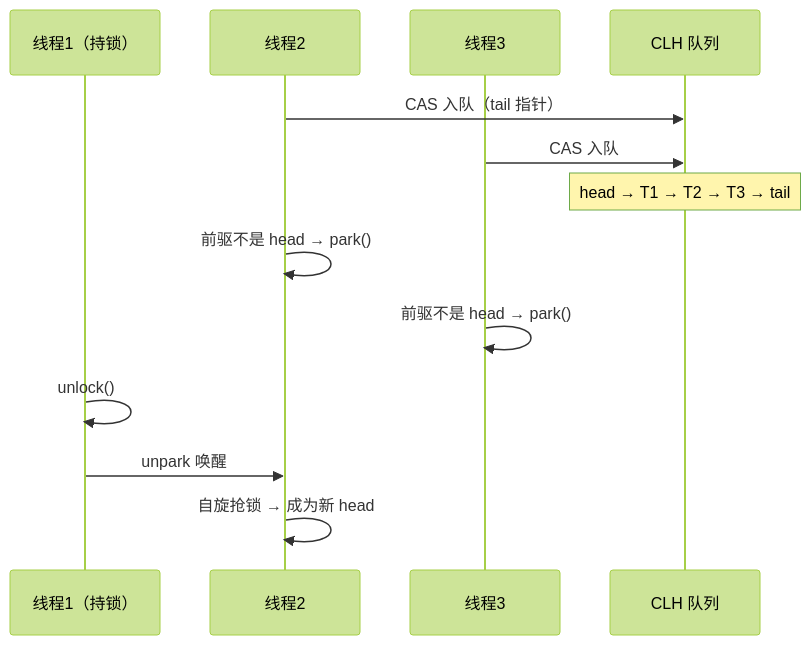
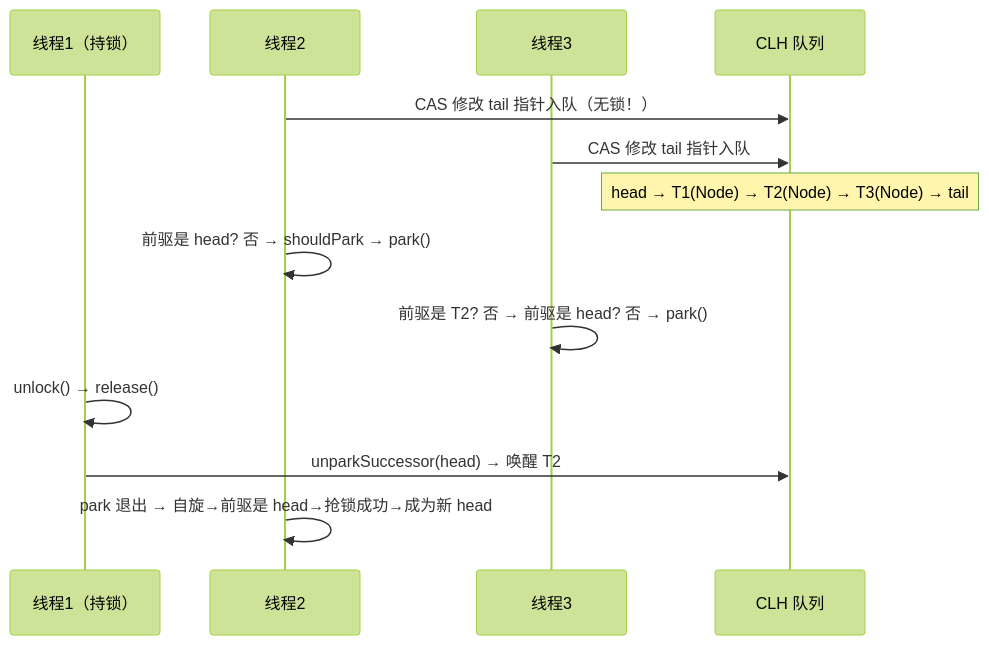
One commit to guozy502/my-tech-blog changed the third of 4 diagrams in content/posts/并发编程/AQS骨架设计——为什么Java并发工具都长在AQS上.md. Above: the diagram before and after it, drawn with Mermaid (forest theme). The commit also changed other lines of this file and 52 other files, not shown here.

````diff
--- a/content/posts/并发编程/AQS骨架设计——为什么Java并发工具都长在AQS上.md
+++ b/content/posts/并发编程/AQS骨架设计——为什么Java并发工具都长在AQS上.md
@@ -73,18 +124,18 @@
 ```mermaid
 sequenceDiagram
     participant T1 as 线程1（持锁）
     participant T2 as 线程2
     participant T3 as 线程3
     participant CLH as CLH 队列
     
-    T2->>CLH: CAS 入队（tail 指针）
-    T3->>CLH: CAS 入队
-    Note over CLH: head → T1 → T2 → T3 → tail
+    T2->>CLH: CAS 修改 tail 指针入队（无锁！）
+    T3->>CLH: CAS 修改 tail 指针入队
+    Note over CLH: head → T1(Node) → T2(Node) → T3(Node) → tail
     
-    T2->>T2: 前驱不是 head → park()
-    T3->>T3: 前驱不是 head → park()
+    T2->>T2: 前驱是 head? 否 → shouldPark → park()
+    T3->>T3: 前驱是 T2? 否 → 前驱是 head? 否 → park()
     
-    T1->>T1: unlock()
-    T1->>T2: unpark 唤醒
-    T2->>T2: 自旋抢锁 → 成为新 head
+    T1->>T1: unlock() → release()
+    T1->>CLH: unparkSuccessor(head) → 唤醒 T2
+    T2->>T2: park 退出 → 自旋→前驱是 head→抢锁成功→成为新 head
 ```
````
